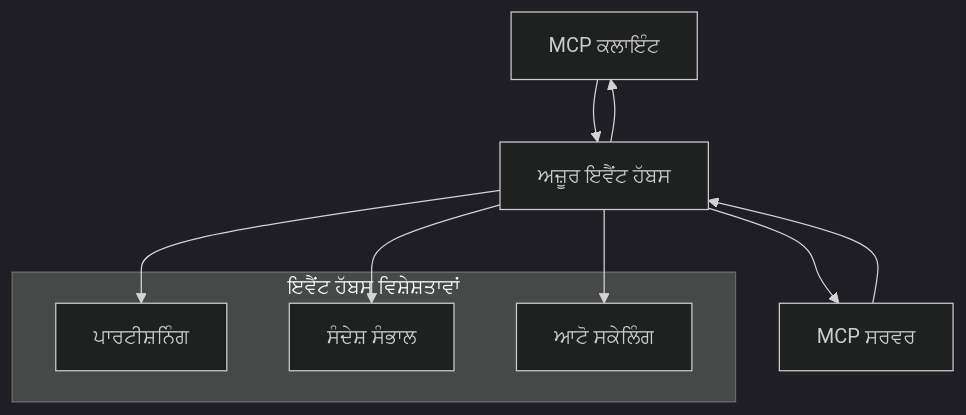
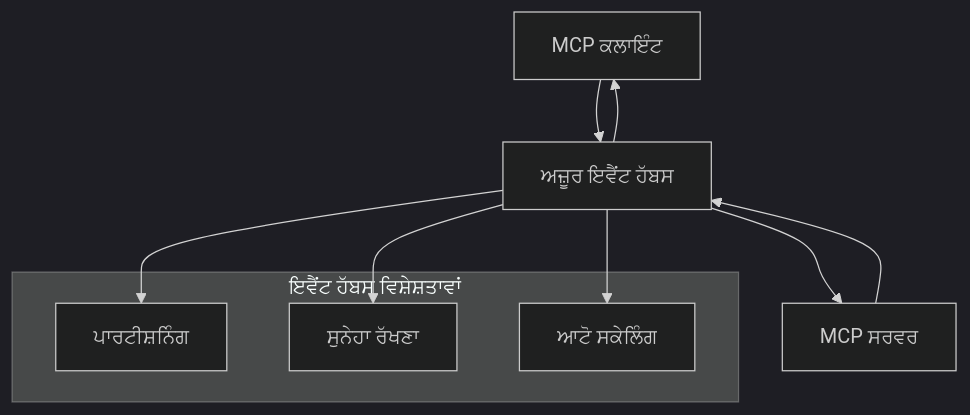
The second of 2 diagrams in mcp_ecosystem__model_context_protocol/mcp_learning_resources/mcp-for-beginners/translations/pa/05-AdvancedTopics/mcp-transport/README.md (HIDORAKAI002/ai-workspace-archive), drawn with Mermaid (dark theme) before and after one commit. The commit also changed other lines of this file and 1539 other files, not shown here.

````diff
--- a/mcp_ecosystem__model_context_protocol/mcp_learning_resources/mcp-for-beginners/translations/pa/05-AdvancedTopics/mcp-transport/README.md
+++ b/mcp_ecosystem__model_context_protocol/mcp_learning_resources/mcp-for-beginners/translations/pa/05-AdvancedTopics/mcp-transport/README.md
@@ -269,17 +270,17 @@
 ```mermaid
 graph TB
     Client[MCP ਕਲਾਇੰਟ] --> EH[ਅਜ਼ੂਰ ਇਵੈਂਟ ਹੱਬਸ]
     EH --> Server[MCP ਸਰਵਰ]
     Server --> EH
     EH --> Client
     
     subgraph "ਇਵੈਂਟ ਹੱਬਸ ਵਿਸ਼ੇਸ਼ਤਾਵਾਂ"
         Partition[ਪਾਰਟੀਸ਼ਨਿੰਗ]
-        Retention[ਸੰਦੇਸ਼ ਸੰਭਾਲ]
+        Retention[ਸੁਨੇਹਾ ਰੱਖਣਾ]
         Scaling[ਆਟੋ ਸਕੇਲਿੰਗ]
     end
     
     EH --> Partition
     EH --> Retention
     EH --> Scaling
 ```
````
